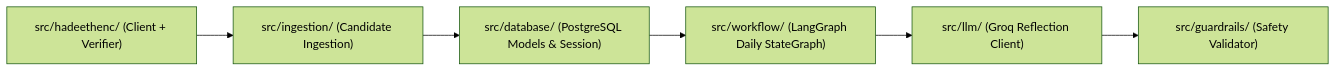
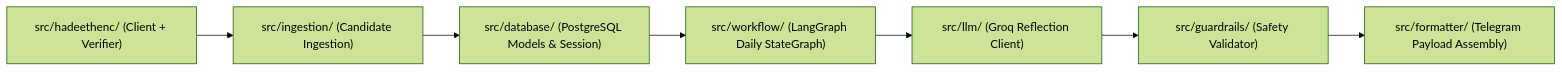
One commit to Amankhan1009/daily-hadith-ai-agent changed the diagram in src/README.md. Above: the diagram before and after it, drawn with Mermaid (forest theme). The commit also changed other lines of this file and 10 other files, not shown here.

Commit message:
feat(formatter): implement canonical Telegram HTML payload assembly and content validation

````diff
--- a/src/README.md
+++ b/src/README.md
@@ -25,8 +26,9 @@
 ```mermaid
 flowchart LR
     HadeethEnc["src/hadeethenc/ (Client + Verifier)"] --> Ingestion["src/ingestion/ (Candidate Ingestion)"]
     Ingestion --> DB["src/database/ (PostgreSQL Models & Session)"]
     DB --> Workflow["src/workflow/ (LangGraph Daily StateGraph)"]
     Workflow --> LLM["src/llm/ (Groq Reflection Client)"]
     LLM --> Guardrails["src/guardrails/ (Safety Validator)"]
+    Guardrails --> Formatter["src/formatter/ (Telegram Payload Assembly)"]
 ```
````
